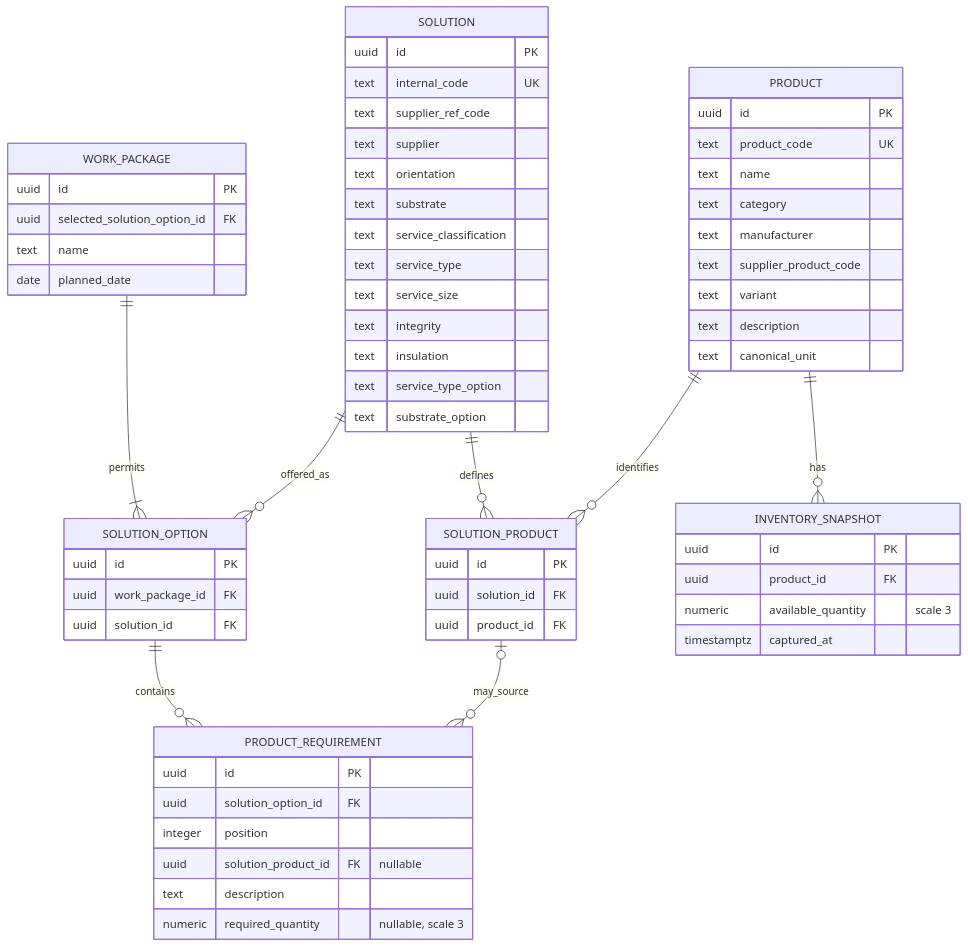
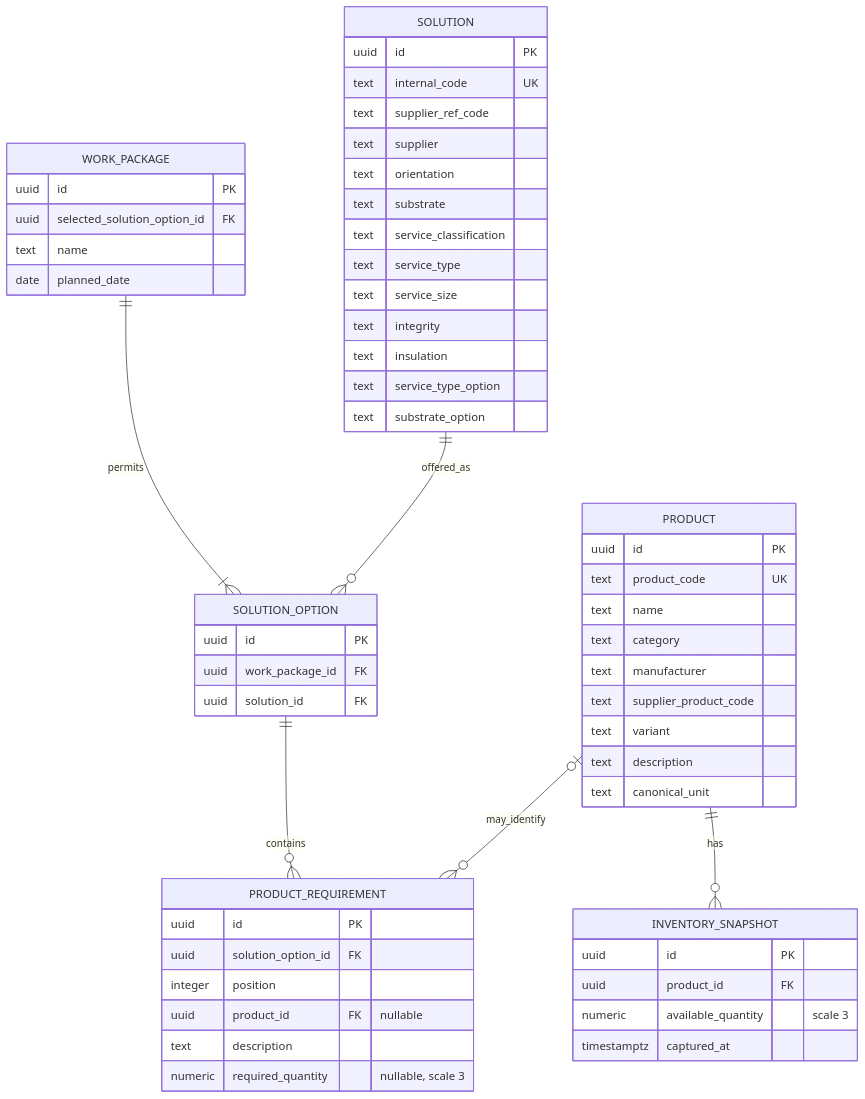
One commit to jiqiang90/qantum-stock changed the seventh of 7 diagrams in docs/architecture/overview.md. Above: the diagram before and after it, drawn with Mermaid. The commit also changed other lines of this file and 17 other files, not shown here.

Commit message:
refactor: simplify product requirement product links

````diff
--- a/docs/architecture/overview.md
+++ b/docs/architecture/overview.md
@@ -255,67 +255,60 @@
 ```mermaid
 erDiagram
     WORK_PACKAGE ||--|{ SOLUTION_OPTION : permits
     SOLUTION ||--o{ SOLUTION_OPTION : offered_as
-    SOLUTION ||--o{ SOLUTION_PRODUCT : defines
-    PRODUCT ||--o{ SOLUTION_PRODUCT : identifies
     SOLUTION_OPTION ||--o{ PRODUCT_REQUIREMENT : contains
-    SOLUTION_PRODUCT o|--o{ PRODUCT_REQUIREMENT : may_source
+    PRODUCT o|--o{ PRODUCT_REQUIREMENT : may_identify
     PRODUCT ||--o{ INVENTORY_SNAPSHOT : has
 
     SOLUTION {
         uuid id PK
         text internal_code UK
         text supplier_ref_code
         text supplier
         text orientation
         text substrate
         text service_classification
         text service_type
         text service_size
         text integrity
         text insulation
         text service_type_option
         text substrate_option
     }
     WORK_PACKAGE {
         uuid id PK
         uuid selected_solution_option_id FK
         text name
         date planned_date
     }
     SOLUTION_OPTION {
         uuid id PK
         uuid work_package_id FK
         uuid solution_id FK
     }
     PRODUCT {
         uuid id PK
         text product_code UK
         text name
         text category
         text manufacturer
         text supplier_product_code
         text variant
         text description
         text canonical_unit
     }
-    SOLUTION_PRODUCT {
-        uuid id PK
-        uuid solution_id FK
-        uuid product_id FK
-    }
     PRODUCT_REQUIREMENT {
         uuid id PK
         uuid solution_option_id FK
         integer position
-        uuid solution_product_id FK "nullable"
+        uuid product_id FK "nullable"
         text description
         numeric required_quantity "nullable, scale 3"
     }
     INVENTORY_SNAPSHOT {
         uuid id PK
         uuid product_id FK
         numeric available_quantity "scale 3"
         timestamptz captured_at
     }
 ```
````
